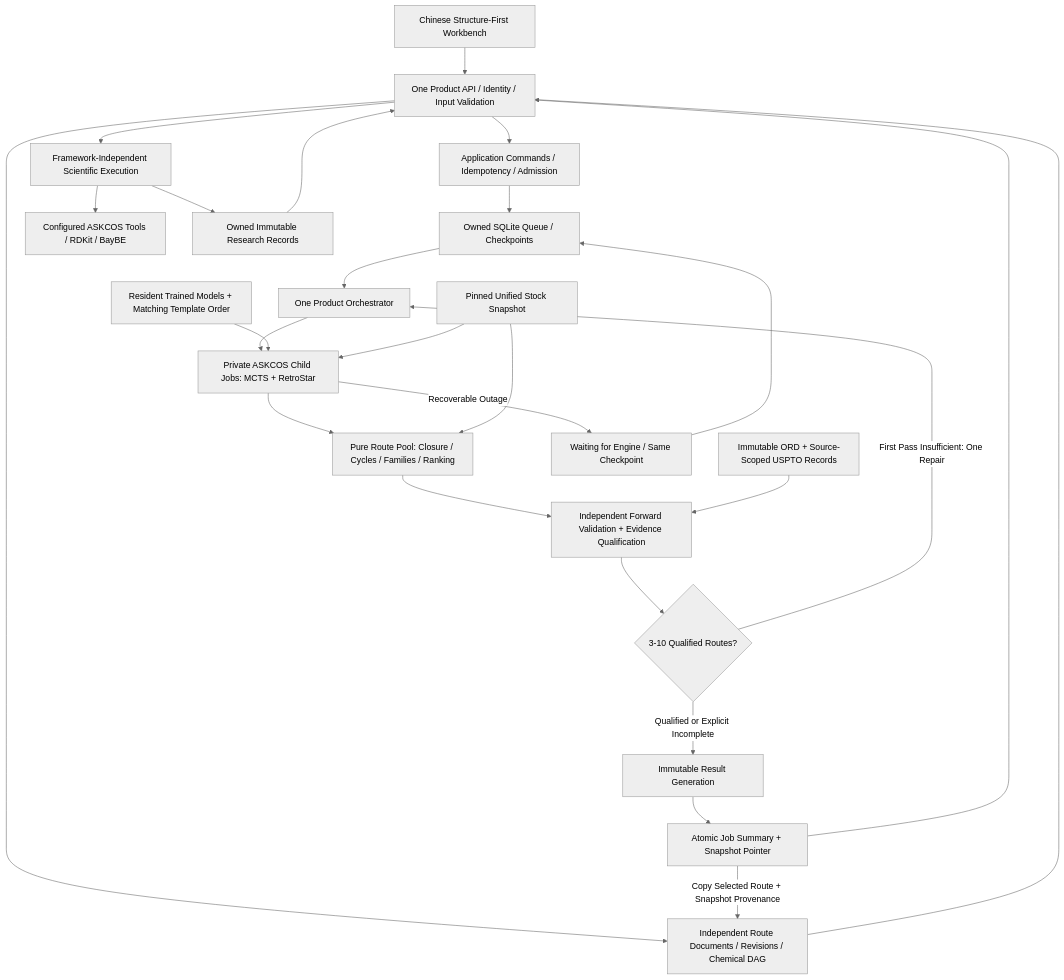
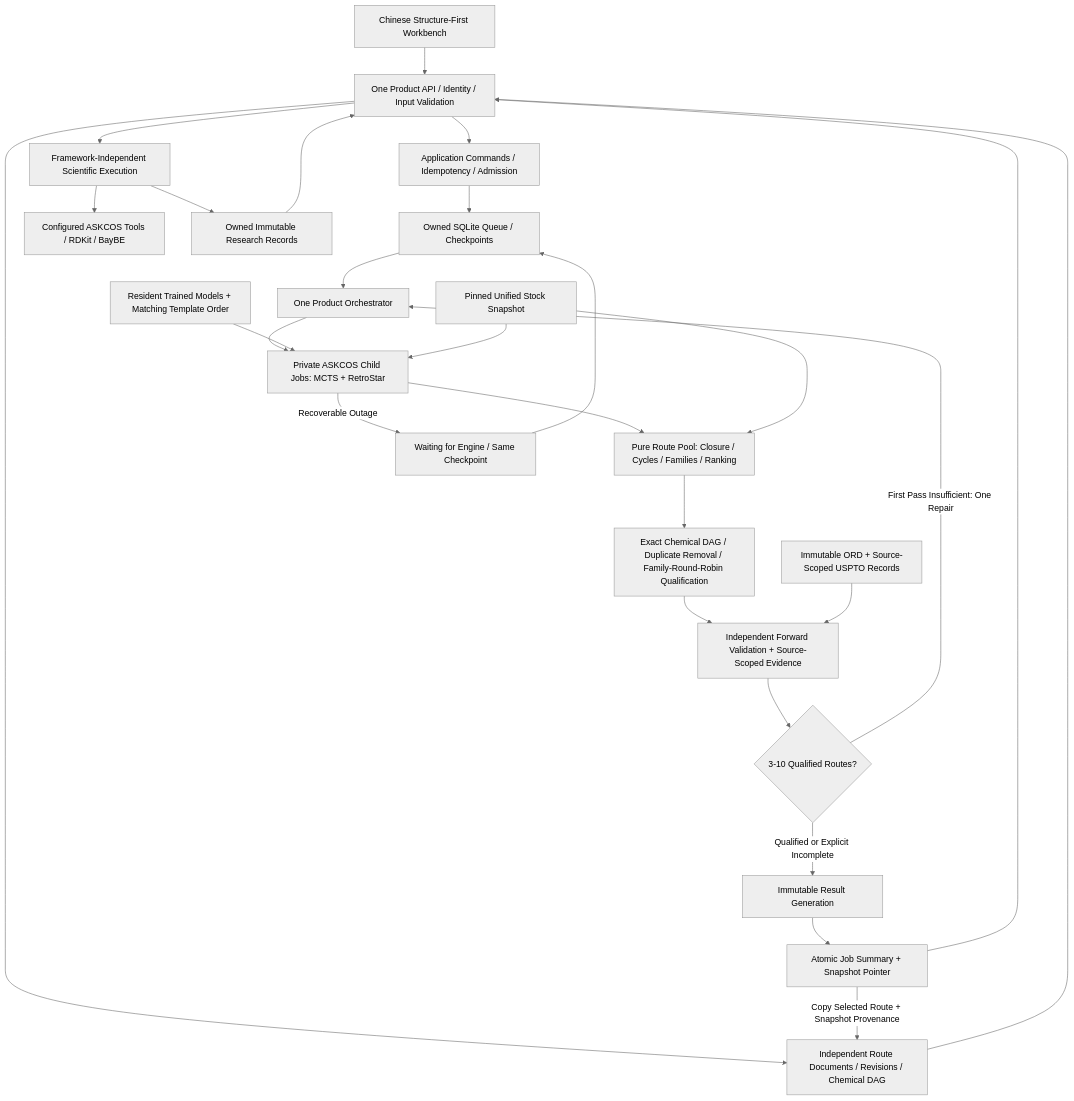
One commit to Victor-Xu-1/X-Synth changed the diagram in docs/current-architecture.md. Above: the diagram before and after it, drawn with Mermaid (neutral theme). The commit also changed other lines of this file and 58 other files, not shown here.

````diff
--- a/docs/current-architecture.md
+++ b/docs/current-architecture.md
@@ -11,28 +11,29 @@
 ```mermaid
 flowchart TD
   UI["Chinese Structure-First Workbench"] --> API["One Product API / Identity / Input Validation"]
   API --> CMD["Application Commands / Idempotency / Admission"]
   CMD --> JOB["Owned SQLite Queue / Checkpoints"]
   JOB --> RUN["One Product Orchestrator"]
   RUN --> SEARCH["Private ASKCOS Child Jobs: MCTS + RetroStar"]
   MODELS["Resident Trained Models + Matching Template Order"] --> SEARCH
   STOCK["Pinned Unified Stock Snapshot"] --> SEARCH
   SEARCH --> POOL["Pure Route Pool: Closure / Cycles / Families / Ranking"]
   STOCK --> POOL
-  POOL --> REVIEW["Independent Forward Validation + Evidence Qualification"]
+  POOL --> QUEUE["Exact Chemical DAG / Duplicate Removal / Family-Round-Robin Qualification"]
+  QUEUE --> REVIEW["Independent Forward Validation + Source-Scoped Evidence"]
   REFERENCES["Immutable ORD + Source-Scoped USPTO Records"] --> REVIEW
   REVIEW --> GATE{"3-10 Qualified Routes?"}
   GATE -- "First Pass Insufficient: One Repair" --> RUN
   GATE -- "Qualified or Explicit Incomplete" --> SEAL["Immutable Result Generation"]
   SEAL --> COMMIT["Atomic Job Summary + Snapshot Pointer"]
   COMMIT --> API
   SEARCH -- "Recoverable Outage" --> WAIT["Waiting for Engine / Same Checkpoint"]
   WAIT --> JOB
   API --> ANALYSIS["Framework-Independent Scientific Execution"]
   ANALYSIS --> TOOLS["Configured ASKCOS Tools / RDKit / BayBE"]
   ANALYSIS --> RECORDS["Owned Immutable Research Records"]
   RECORDS --> API
   API --> DOC["Independent Route Documents / Revisions / Chemical DAG"]
   COMMIT -- "Copy Selected Route + Snapshot Provenance" --> DOC
   DOC --> API
 ```
````
